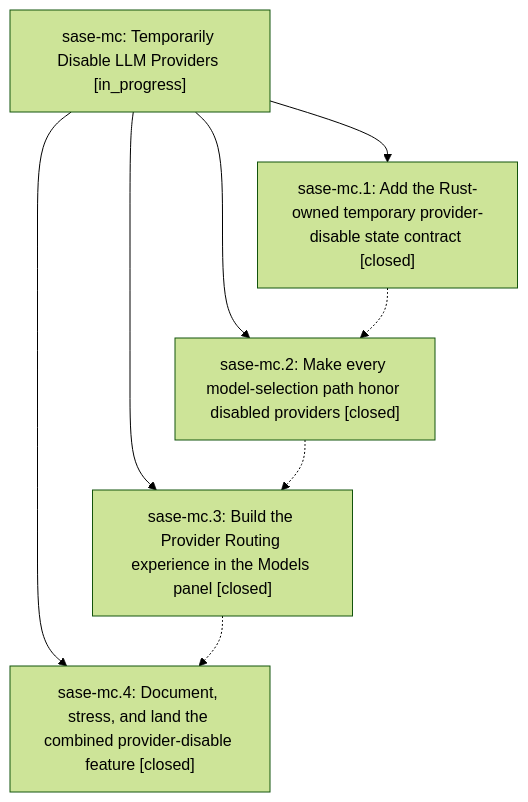
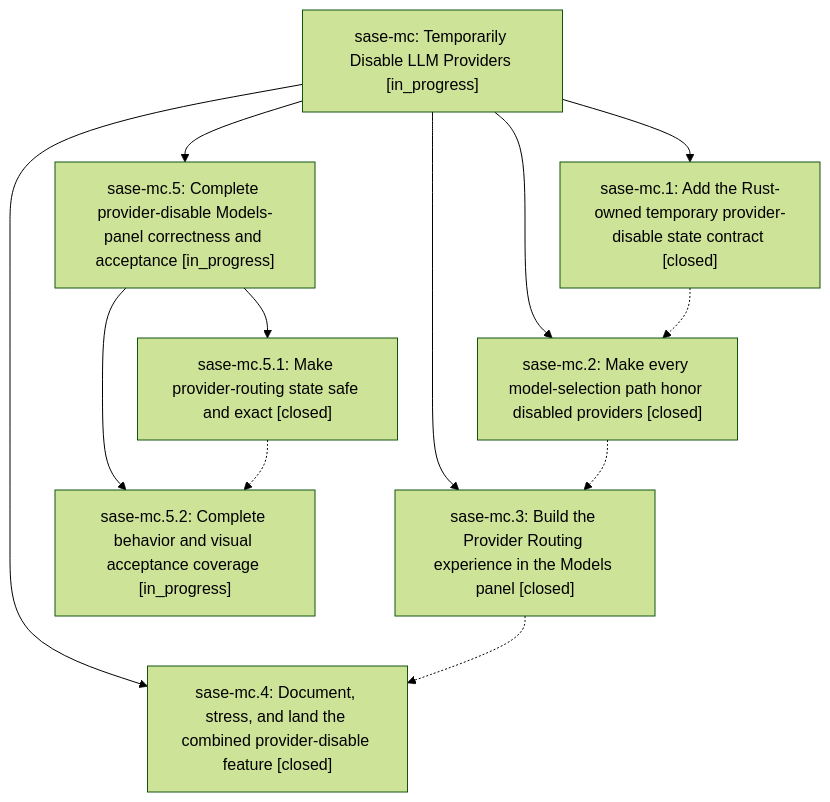
Before and after one commit to sase-org/sase--beads: the diagram in pages/sase-mc/README.md, drawn with Mermaid (forest theme). The commit also changed other lines of this file and 3 other files, not shown here.

````diff
--- a/pages/sase-mc/README.md
+++ b/pages/sase-mc/README.md
@@ -25,15 +31,22 @@
 ```mermaid
 flowchart TD
     n0["sase-mc: Temporarily Disable LLM Providers [in_progress]"]
     n1["sase-mc.1: Add the Rust-owned temporary provider-disable state contract [closed]"]
     n2["sase-mc.2: Make every model-selection path honor disabled providers [closed]"]
     n3["sase-mc.3: Build the Provider Routing experience in the Models panel [closed]"]
     n4["sase-mc.4: Document, stress, and land the combined provider-disable feature [closed]"]
+    n5["sase-mc.5: Complete provider-disable Models-panel correctness and acceptance [in_progress]"]
+    n6["sase-mc.5.1: Make provider-routing state safe and exact [closed]"]
+    n7["sase-mc.5.2: Complete behavior and visual acceptance coverage [in_progress]"]
     n0 --> n1
     n0 --> n2
     n0 --> n3
     n0 --> n4
+    n0 --> n5
+    n5 --> n6
+    n5 --> n7
     n1 -.-> n2
     n2 -.-> n3
     n3 -.-> n4
+    n6 -.-> n7
 ```
````
